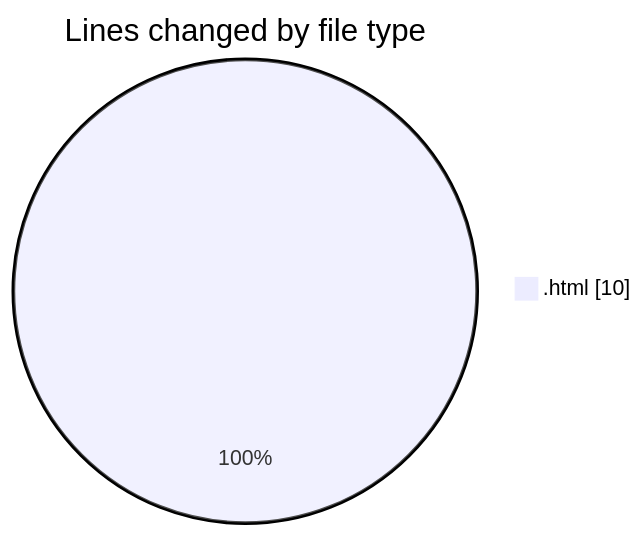
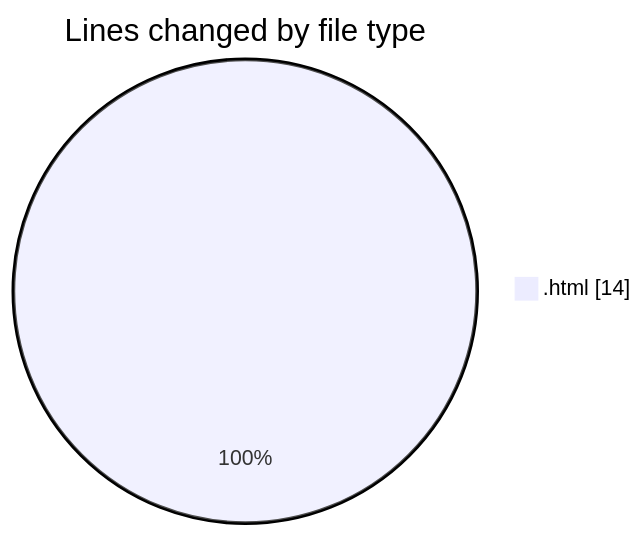
Before and after one commit to hasnaa123/code-tracking: the first of 2 diagrams in 2025-12-24/technologie_web/README.md, drawn with Mermaid. The commit also changed other lines of this file and 1 other file, not shown here.

````diff
--- a/2025-12-24/technologie_web/README.md
+++ b/2025-12-24/technologie_web/README.md
@@ -20,5 +20,5 @@
 ```mermaid
 pie showData
 title Lines changed by file type
-".html" : 10
+".html" : 14
 ```
````
